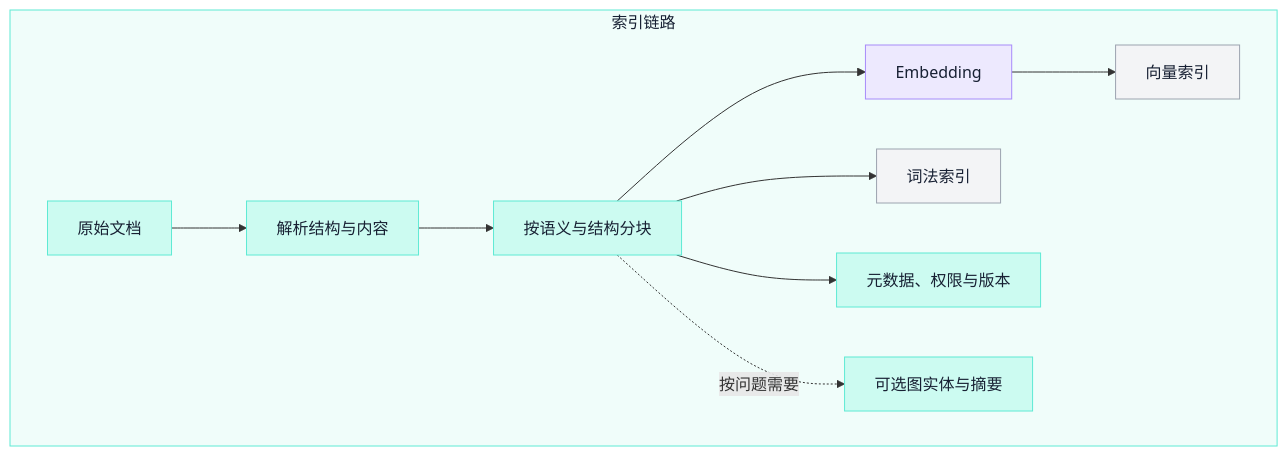
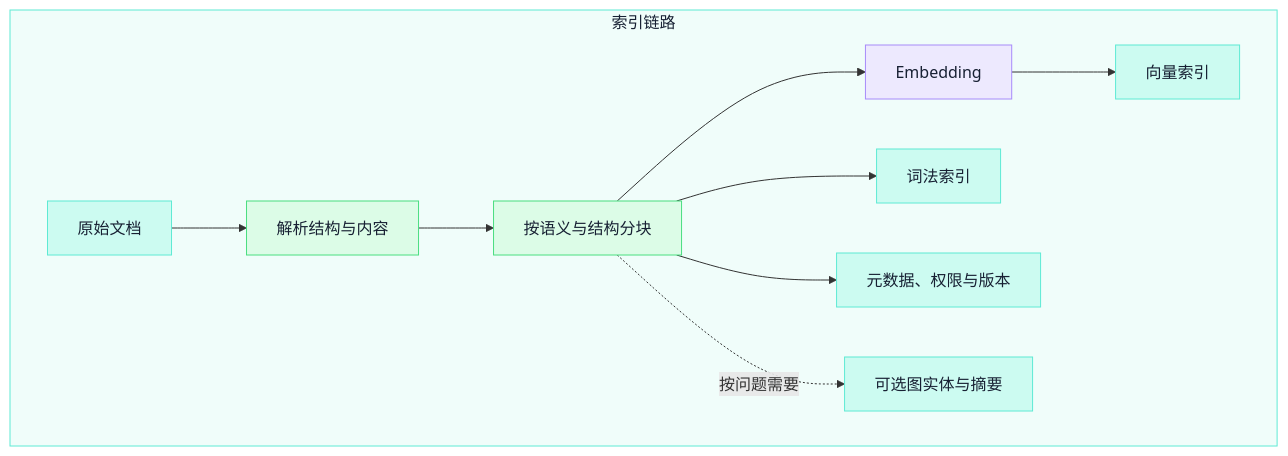
The second of 4 diagrams in backend/app/ai_notes/content/04-ai-engineering/01-rag-retrieval-engineering.md (ink-hz/AI-Agent-Platform), drawn with Mermaid before and after one commit. The commit also changed other lines of this file and 5 other files, not shown here.

Commit message:
docs: finalize AI notes diagram quality

````diff
--- a/backend/app/ai_notes/content/04-ai-engineering/01-rag-retrieval-engineering.md
+++ b/backend/app/ai_notes/content/04-ai-engineering/01-rag-retrieval-engineering.md
@@ -90,20 +90,21 @@
 ```mermaid
 flowchart TB
     subgraph INDEX["索引链路"]
         D[原始文档] --> P[解析结构与内容]
         P --> C[按语义与结构分块]
         C --> E[Embedding]
         E --> V[向量索引]
         C --> L[词法索引]
         C --> M[元数据、权限与版本]
         C -.按问题需要.-> G[可选图实体与摘要]
     end
 
     classDef model fill:#EDE9FE,stroke:#A78BFA,color:#172033;
     classDef data fill:#CCFBF1,stroke:#5EEAD4,color:#172033;
+    classDef tool fill:#DCFCE7,stroke:#4ADE80,color:#172033;
     classDef infra fill:#F3F4F6,stroke:#9CA3AF,color:#172033;
-    class D,P,C,M,G data;
+    class D,M,V,L,G data;
+    class P,C tool;
     class E model;
-    class V,L infra;
     style INDEX fill:#F0FDFA,stroke:#5EEAD4,color:#172033;
 ```
````
